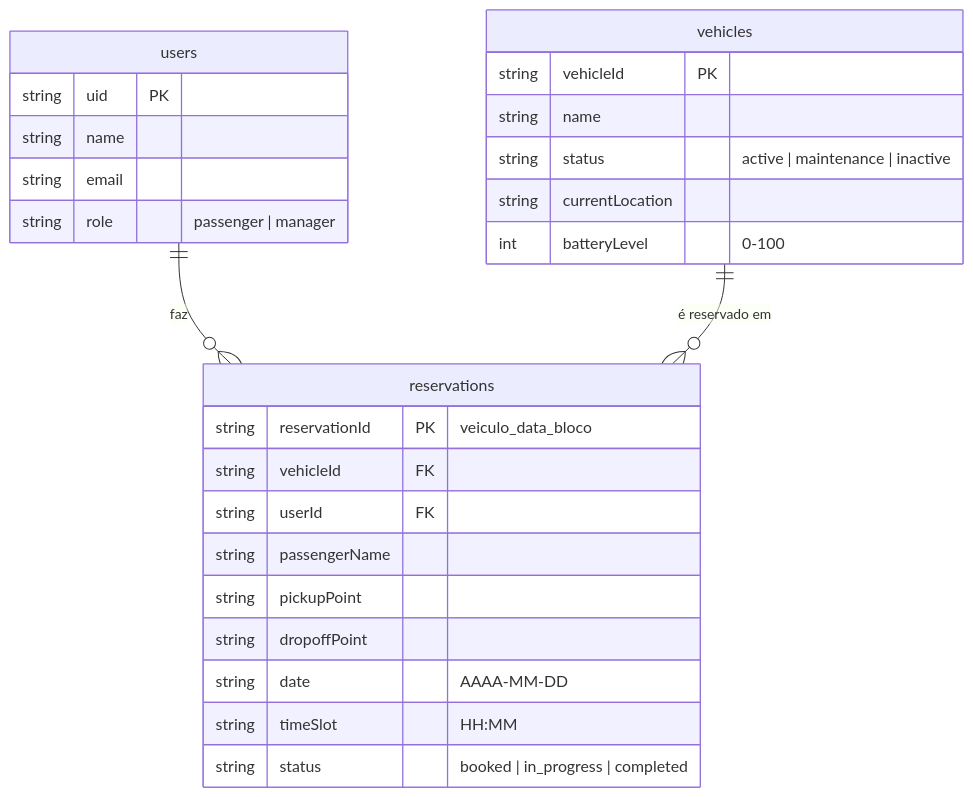
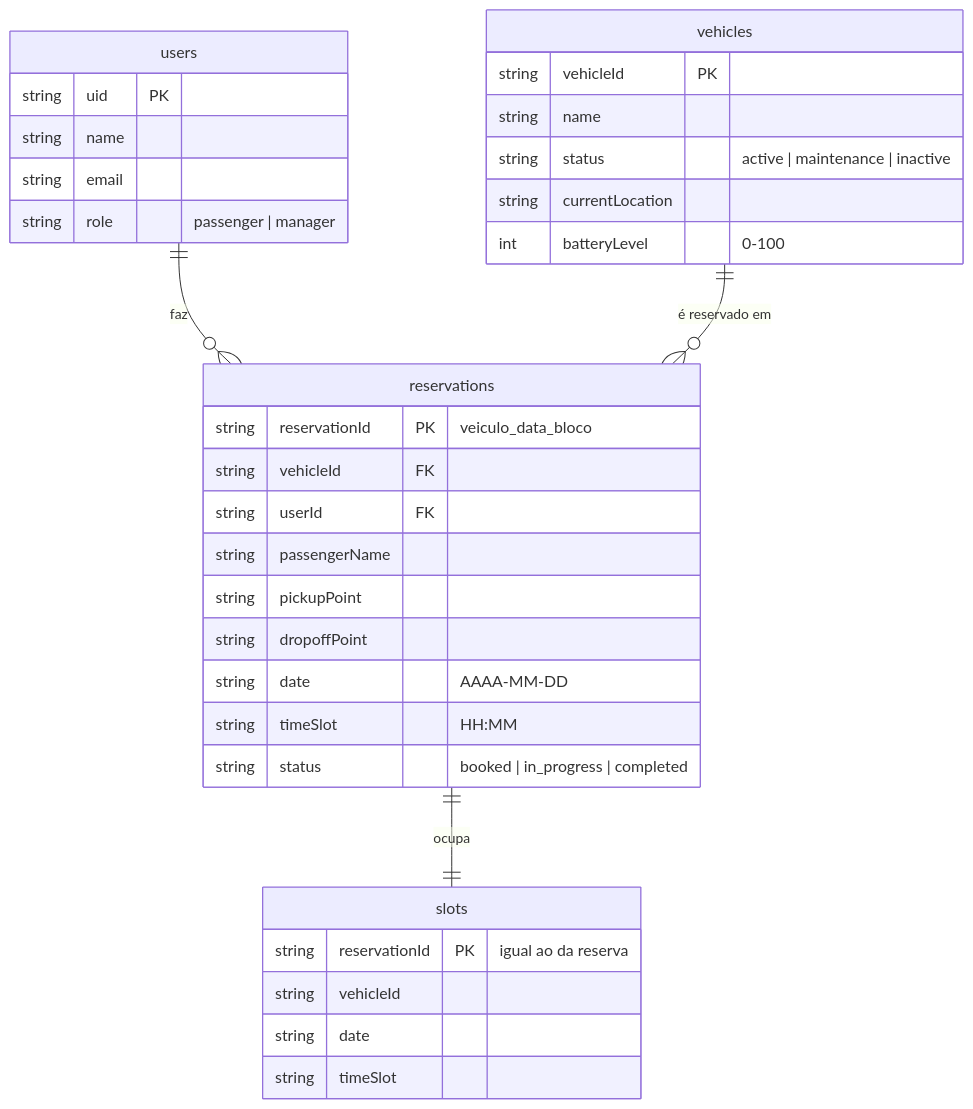
The second of 2 diagrams in Project/README.md (Mikael-Braun/CloudComputing), drawn with Mermaid before and after one commit. The commit also changed other lines of this file and 7 other files, not shown here.

````diff
--- a/Project/README.md
+++ b/Project/README.md
@@ -171,29 +188,36 @@
 ```mermaid
 erDiagram
     users ||--o{ reservations : faz
     vehicles ||--o{ reservations : "é reservado em"
     users {
         string uid PK
         string name
         string email
         string role "passenger | manager"
     }
     vehicles {
         string vehicleId PK
         string name
         string status "active | maintenance | inactive"
         string currentLocation
         int batteryLevel "0-100"
     }
     reservations {
         string reservationId PK "veiculo_data_bloco"
         string vehicleId FK
         string userId FK
         string passengerName
         string pickupPoint
         string dropoffPoint
         string date "AAAA-MM-DD"
         string timeSlot "HH:MM"
         string status "booked | in_progress | completed"
     }
+    reservations ||--|| slots : "ocupa"
+    slots {
+        string reservationId PK "igual ao da reserva"
+        string vehicleId
+        string date
+        string timeSlot
+    }
 ```
````
